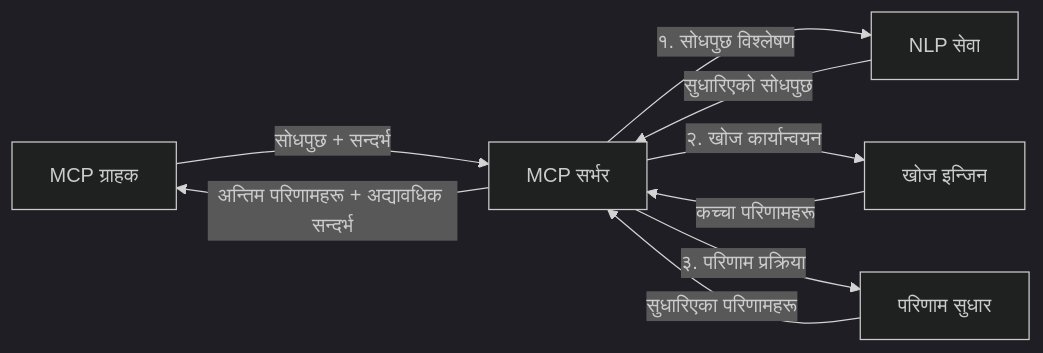
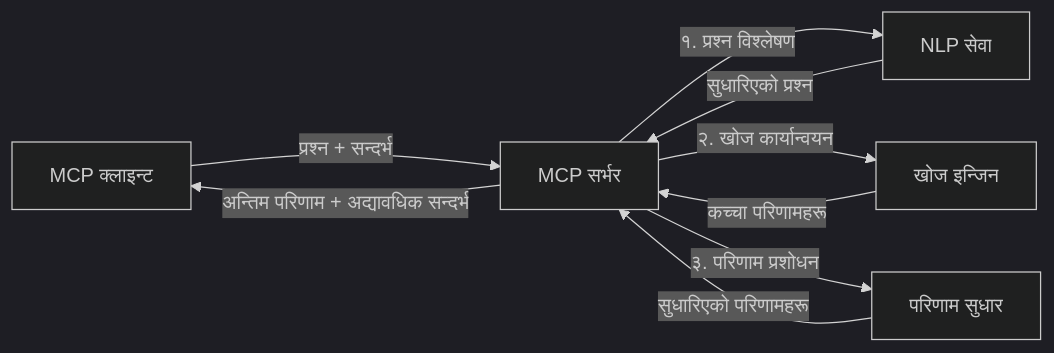
Before and after one commit to microsoft/mcp-for-beginners: the fourth of 4 diagrams in translations/ne/05-AdvancedTopics/mcp-realtimesearch/README.md, drawn with Mermaid (dark theme). The commit also changed other lines of this file and 118 other files, not shown here.

````diff
--- a/translations/ne/05-AdvancedTopics/mcp-realtimesearch/README.md
+++ b/translations/ne/05-AdvancedTopics/mcp-realtimesearch/README.md
@@ -626,11 +628,11 @@
 ```mermaid
 graph LR
-    Client[MCP ग्राहक] --> |सोधपुछ + सन्दर्भ| Server[MCP सर्भर]
-    Server --> |१. सोधपुछ विश्लेषण| NLP[NLP सेवा]
-    NLP --> |सुधारिएको सोधपुछ| Server
+    Client[MCP क्लाइन्ट] --> |प्रश्न + सन्दर्भ| Server[MCP सर्भर]
+    Server --> |१. प्रश्न विश्लेषण| NLP[NLP सेवा]
+    NLP --> |सुधारिएको प्रश्न| Server
     Server --> |२. खोज कार्यान्वयन| Search[खोज इन्जिन]
     Search --> |कच्चा परिणामहरू| Server
-    Server --> |३. परिणाम प्रक्रिया| Enhancement[परिणाम सुधार]
-    Enhancement --> |सुधारिएका परिणामहरू| Server
-    Server --> |अन्तिम परिणामहरू + अद्यावधिक सन्दर्भ| Client
+    Server --> |३. परिणाम प्रशोधन| Enhancement[परिणाम सुधार]
+    Enhancement --> |सुधारिएको परिणामहरू| Server
+    Server --> |अन्तिम परिणाम + अद्यावधिक सन्दर्भ| Client
 ```
````
